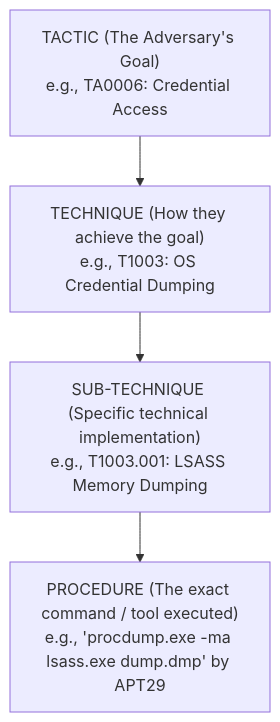
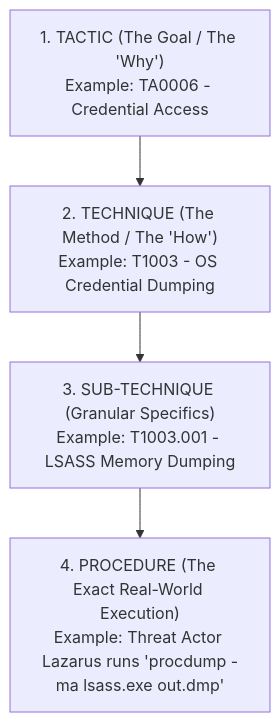
Before and after one commit to varunks04/CBS-Roleplay: the first of 2 diagrams in SOC/02_Core_Concepts/04_MITRE_ATTACK_Framework_in_Practice.md, drawn with Mermaid. The commit also changed other lines of this file and 40 other files, not shown here.

````diff
--- a/SOC/02_Core_Concepts/04_MITRE_ATTACK_Framework_in_Practice.md
+++ b/SOC/02_Core_Concepts/04_MITRE_ATTACK_Framework_in_Practice.md
@@ -13,11 +29,6 @@
 ```mermaid
 graph TD
-    Tactic["TACTIC (The Adversary's Goal)<br>e.g., TA0006: Credential Access"]
-    Technique["TECHNIQUE (How they achieve the goal)<br>e.g., T1003: OS Credential Dumping"]
-    SubTechnique["SUB-TECHNIQUE (Specific technical implementation)<br>e.g., T1003.001: LSASS Memory Dumping"]
-    Procedure["PROCEDURE (The exact command / tool executed)<br>e.g., 'procdump.exe -ma lsass.exe dump.dmp' by APT29"]
-
-    Tactic --> Technique
-    Technique --> SubTechnique
-    SubTechnique --> Procedure
+    Tactic["1. TACTIC (The Goal / The 'Why')<br/>Example: TA0006 - Credential Access"] --> Technique["2. TECHNIQUE (The Method / The 'How')<br/>Example: T1003 - OS Credential Dumping"]
+    Technique --> SubTechnique["3. SUB-TECHNIQUE (Granular Specifics)<br/>Example: T1003.001 - LSASS Memory Dumping"]
+    SubTechnique --> Procedure["4. PROCEDURE (The Exact Real-World Execution)<br/>Example: Threat Actor Lazarus runs 'procdump -ma lsass.exe out.dmp' "]
 ```
````
